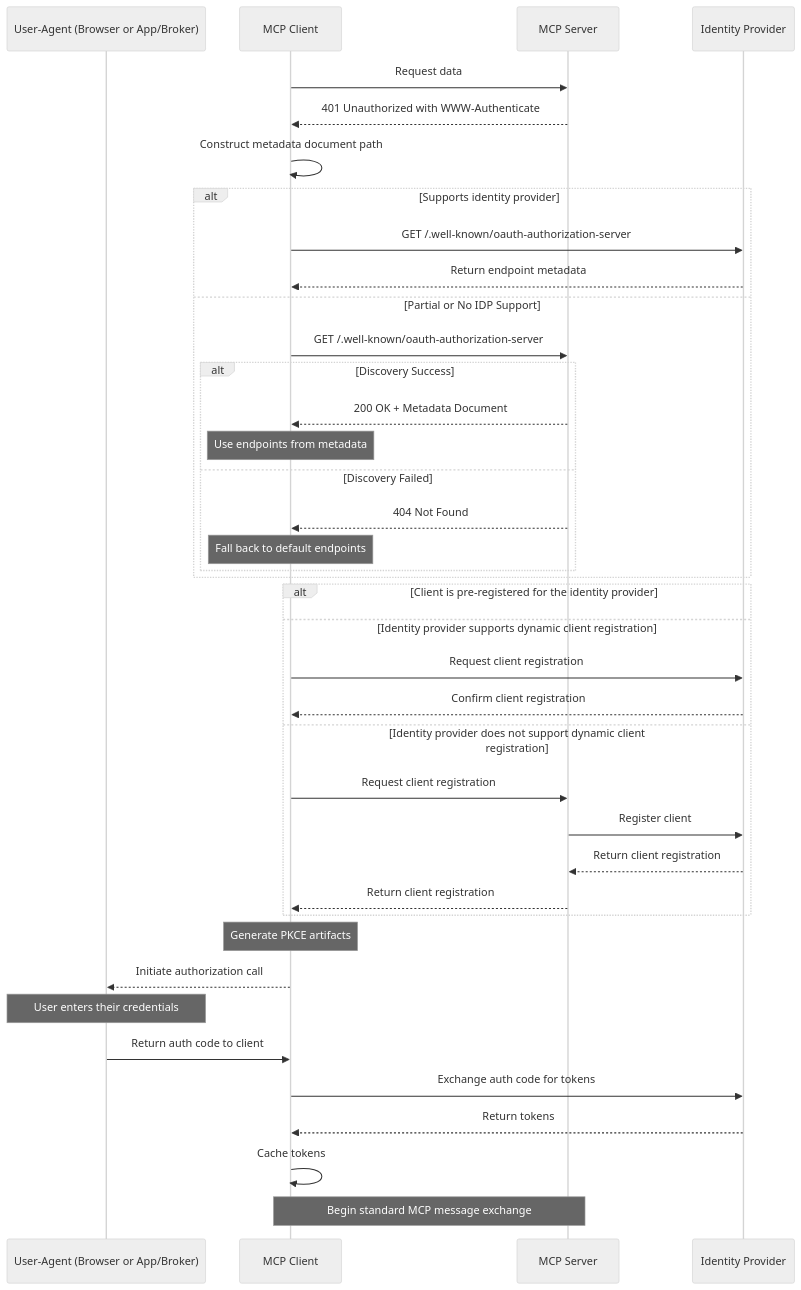
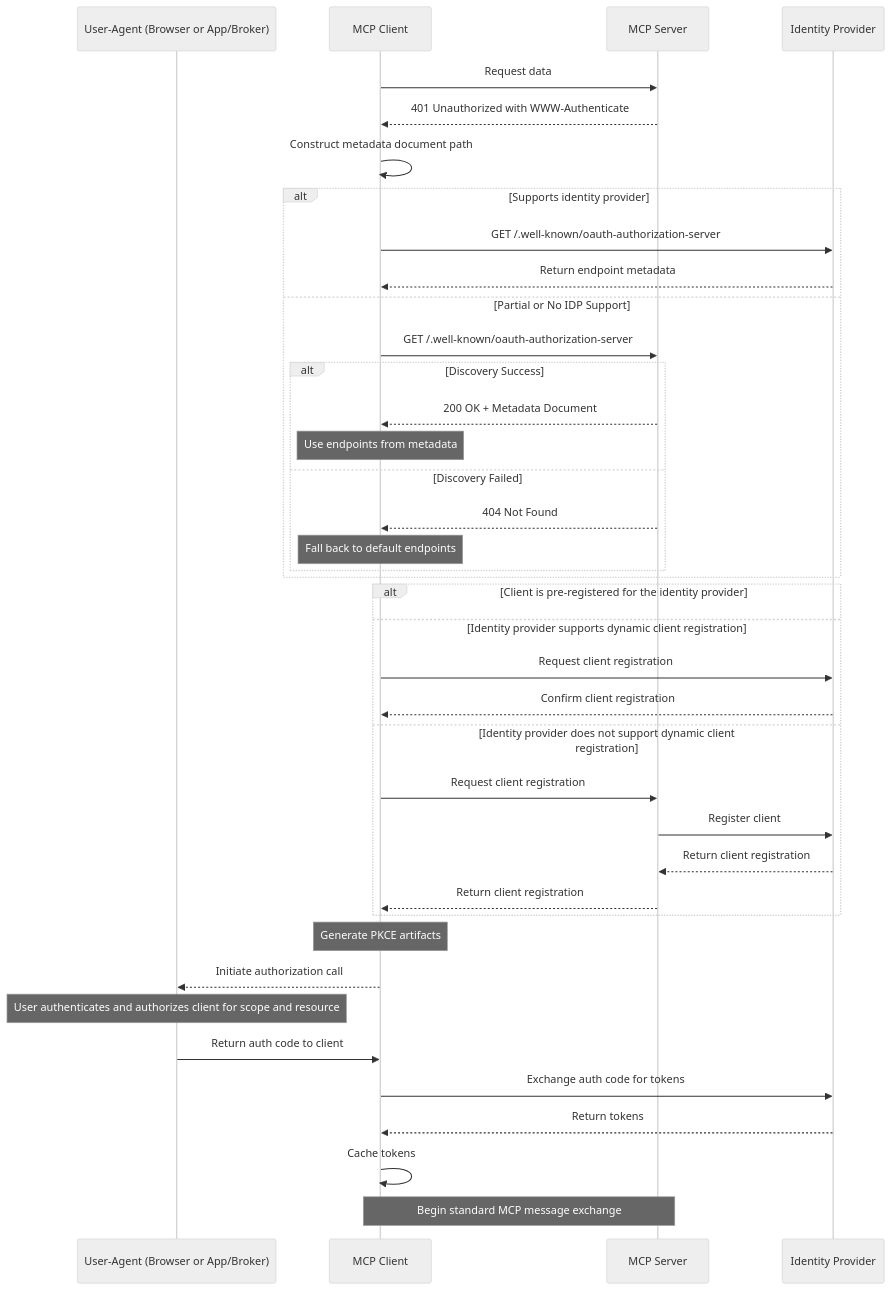
Before and after one commit to pcarleton/specification: the fourth of 5 diagrams in docs/specification/2025-03-26/basic/authorization.md, drawn with Mermaid (neutral theme).

````diff
--- a/docs/specification/2025-03-26/basic/authorization.md
+++ b/docs/specification/2025-03-26/basic/authorization.md
@@ -340,45 +340,45 @@
 ```mermaid
 sequenceDiagram
     participant UA as User-Agent (Browser or App/Broker)
     participant MC as MCP Client
     participant MS as MCP Server
     participant IDP as Identity Provider
 
     MC->>MS: Request data
     MS-->>MC: 401 Unauthorized with WWW-Authenticate
     MC->>MC: Construct metadata document path
 
     alt Supports identity provider
         MC->>IDP: GET /.well-known/oauth-authorization-server
         IDP-->>MC: Return endpoint metadata
     else Partial or No IDP Support
         MC->>MS: GET /.well-known/oauth-authorization-server
         alt Discovery Success
             MS-->>MC: 200 OK + Metadata Document
             Note over MC: Use endpoints from metadata
         else Discovery Failed
             MS-->>MC: 404 Not Found
             Note over MC: Fall back to default endpoints
         end
     end
 
     alt Client is pre-registered for the identity provider
     else Identity provider supports dynamic client registration
         MC->>IDP: Request client registration
         IDP-->>MC: Confirm client registration
     else Identity provider does not support dynamic client registration
         MC->>MS: Request client registration
         MS->>IDP: Register client
         IDP-->>MS: Return client registration
         MS-->>MC: Return client registration
     end
 
     Note over MC: Generate PKCE artifacts
     MC-->>UA: Initiate authorization call
-    Note over UA: User enters their credentials
+    Note over UA: User authenticates and authorizes client for scope and resource
     UA->>MC: Return auth code to client
     MC->>IDP: Exchange auth code for tokens
     IDP-->>MC: Return tokens
     MC->>MC: Cache tokens
     Note over MC, MS: Begin standard MCP message exchange
 ```
````
